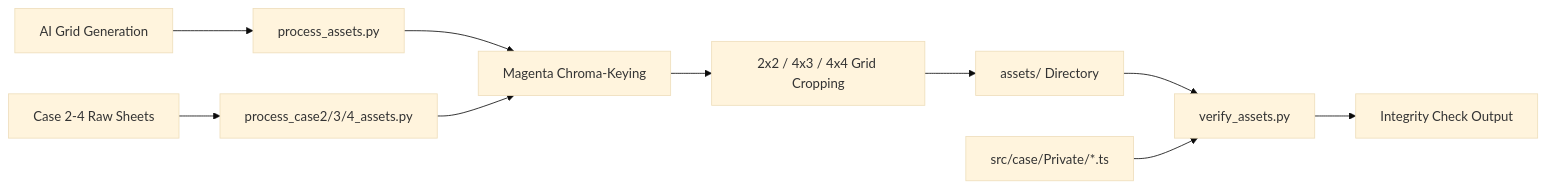
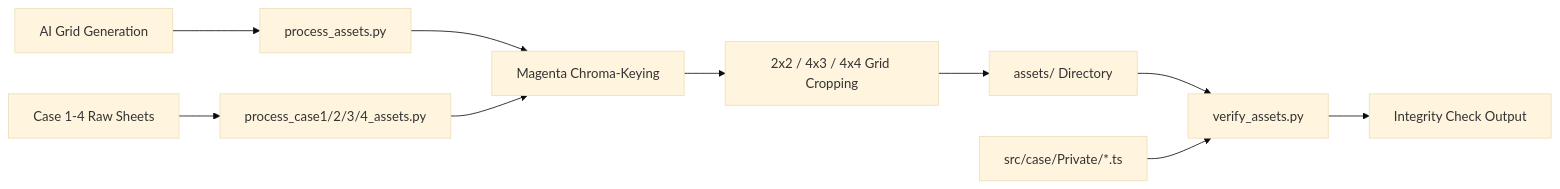
The diagram in docs/architecture/asset-pipeline.md (luisoncpp/aa-chapulin), drawn with Mermaid (base theme) before and after one commit. The commit also changed other lines of this file and 177 other files, not shown here.

````diff
--- a/docs/architecture/asset-pipeline.md
+++ b/docs/architecture/asset-pipeline.md
@@ -9,13 +9,13 @@
 ```mermaid
 flowchart LR
     Raw[AI Grid Generation] --> Process[process_assets.py]
-    Raw2[Case 2-4 Raw Sheets] --> ProcessN[process_case2/3/4_assets.py]
+    Raw2[Case 1-4 Raw Sheets] --> ProcessN[process_case1/2/3/4_assets.py]
     Process --> Chroma[Magenta Chroma-Keying]
     ProcessN --> Chroma
     Chroma --> Slicing[2x2 / 4x3 / 4x4 Grid Cropping]
     Slicing --> Assets[assets/ Directory]
     
     Assets --> Verify[verify_assets.py]
     Script[src/case/Private/*.ts] --> Verify
     Verify --> Report[Integrity Check Output]
 ```
````
